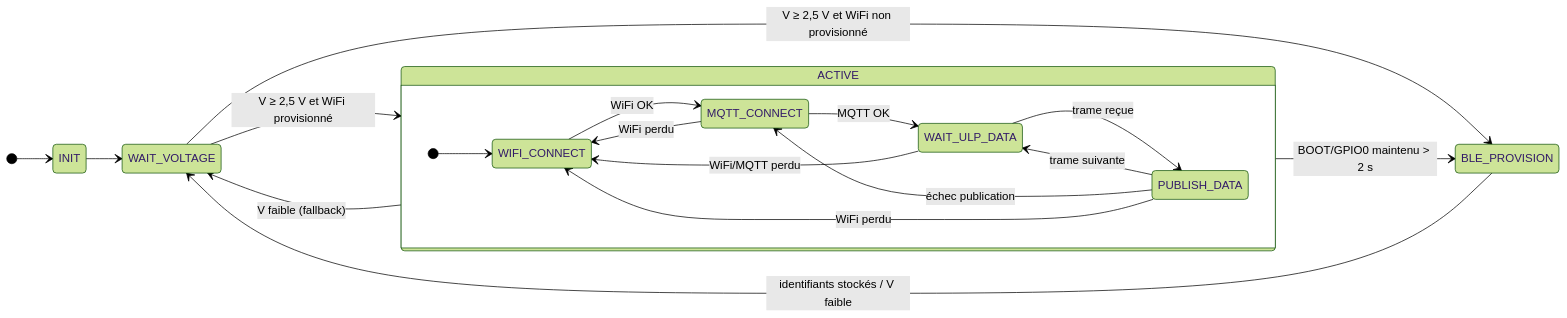
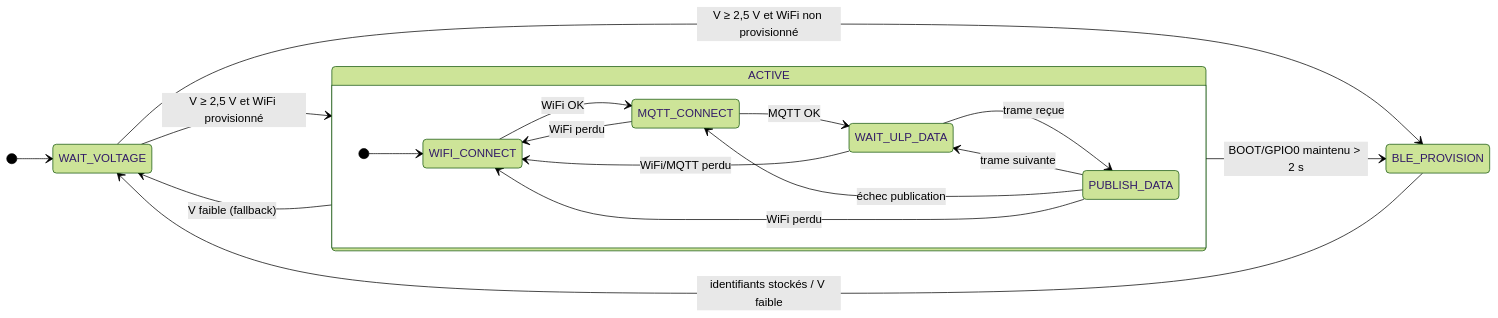
One commit to Konkzor/LinKey changed the diagram in Firmware/README.md. Above: the diagram before and after it, drawn with Mermaid (forest theme). The commit also changed other lines of this file and 4 other files, not shown here.

````diff
--- a/Firmware/README.md
+++ b/Firmware/README.md
@@ -64,24 +65,23 @@
 ```mermaid
 stateDiagram-v2
     direction LR
-    [*] --> INIT
-    INIT --> WAIT_VOLTAGE
+    [*] --> WAIT_VOLTAGE
     WAIT_VOLTAGE --> BLE_PROVISION: V ≥ 2,5 V et WiFi non provisionné
     BLE_PROVISION --> WAIT_VOLTAGE: identifiants stockés / V faible
     WAIT_VOLTAGE --> ACTIVE: V ≥ 2,5 V et WiFi provisionné
     ACTIVE --> WAIT_VOLTAGE: V faible (fallback)
     ACTIVE --> BLE_PROVISION: BOOT/GPIO0 maintenu > 2 s
 
     state ACTIVE {
         direction LR
         [*] --> WIFI_CONNECT
         WIFI_CONNECT --> MQTT_CONNECT: WiFi OK
         MQTT_CONNECT --> WIFI_CONNECT: WiFi perdu
         MQTT_CONNECT --> WAIT_ULP_DATA: MQTT OK
         WAIT_ULP_DATA --> WIFI_CONNECT: WiFi/MQTT perdu
         WAIT_ULP_DATA --> PUBLISH_DATA: trame reçue
         PUBLISH_DATA --> WAIT_ULP_DATA: trame suivante
         PUBLISH_DATA --> MQTT_CONNECT: échec publication
         PUBLISH_DATA --> WIFI_CONNECT: WiFi perdu
     }
 ```
````
